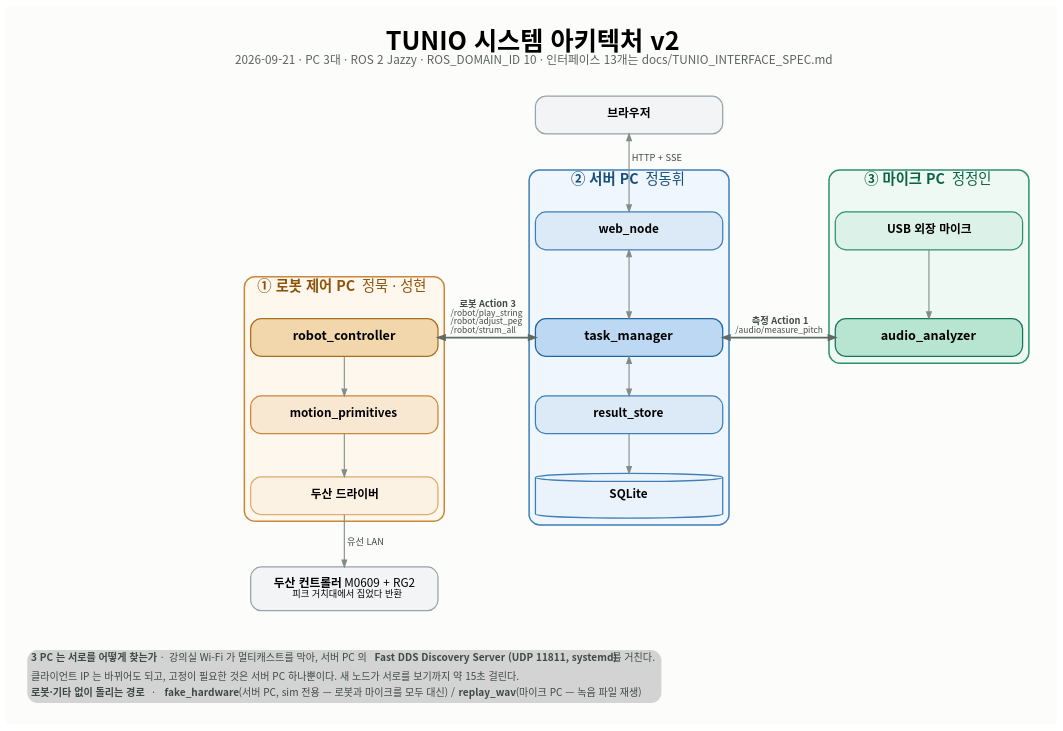
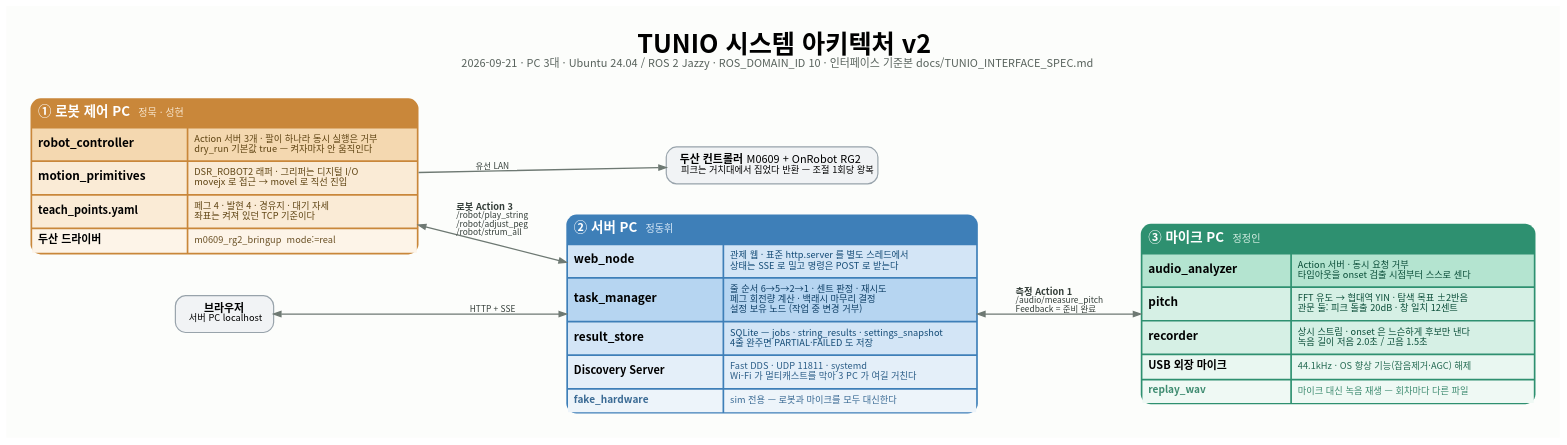
Before and after one commit to bingo888777/tunio_ws: the diagram in docs/TUNIO_시스템아키텍처_v2.dot, drawn with Graphviz. The commit also changed 2 other files, not shown here.

Commit message:
docs: 아키텍처 v2 를 패널형으로 다시 그린다 — 정보량과 가독성을 같이
박스 하나에 이름만 있던 그림은 정보가 없고, 설명을 박스 안에 우겨넣은 그림은
읽히지 않았다. PC 하나를 표 한 장으로 만들어 둘을 같이 잡는다.

  왼쪽 열   구성 요소 이름
  오른쪽 열 그 요소에 대해 알아야 할 것 두 줄 (좌측 정렬)
  헤더      PC 번호 · 담당자

그려 보고 고친 것
  화살표를 셀 포트가 아니라 패널에 붙인다. 포트에 붙이면 표 안까지 파고들어
  글자를 가로지른다.
  edge 라벨은 xlabel 이 아니라 label 로 둔다. xlabel 은 자리를 잡아 주지 않아
  표 위에 겹친다.
  Discovery Server 로 가는 점선 두 줄은 지웠다. 그림 전체를 가로질러 잡음만
  되고, 같은 내용이 그 칸 설명에 이미 있다.

인터페이스 13개 표는 넣지 않는다. 그림은 배치와 연결을 보여주는 것이고
기준본은 docs/TUNIO_INTERFACE_SPEC.md 다. 제목줄에 그 경로를 적었다.

```diff
--- a/docs/TUNIO_시스템아키텍처_v2.dot
+++ b/docs/TUNIO_시스템아키텍처_v2.dot
@@ -1,65 +1,98 @@
 digraph TUNIO_ARCH {
-  graph [rankdir=TB, fontname="Noto Sans CJK KR", labelloc=t, fontsize=30, newrank=true,
-         label=<<B>TUNIO 시스템 아키텍처 v2</B><BR/><FONT POINT-SIZE="14" COLOR="#5A635E">2026-09-21 · PC 3대 · ROS 2 Jazzy · ROS_DOMAIN_ID 10 · 인터페이스 13개는 docs/TUNIO_INTERFACE_SPEC.md</FONT><BR/> >,
-         bgcolor="#FCFDFB", nodesep=0.42, ranksep=0.62, compound=true, pad=0.35];
-  node  [shape=box, style="rounded,filled", fontname="Noto Sans CJK KR", fontsize=14,
-         margin="0.26,0.16", penwidth=1.5, width=3.1, height=0.62];
-  edge  [fontname="Noto Sans CJK KR", fontsize=11, color="#828C86", penwidth=1.3,
-         arrowsize=0.8, fontcolor="#3F4A45"];
+  graph [rankdir=LR, fontname="Noto Sans CJK KR", labelloc=t, fontsize=30, newrank=true,
+         label=<<B>TUNIO 시스템 아키텍처 v2</B><BR/><FONT POINT-SIZE="13.5" COLOR="#58625C">2026-09-21 · PC 3대 · Ubuntu 24.04 / ROS 2 Jazzy · ROS_DOMAIN_ID 10 · 인터페이스 기준본 docs/TUNIO_INTERFACE_SPEC.md</FONT><BR/> >,
+         bgcolor="#FCFDFB", nodesep=0.5, ranksep=1.25, pad=0.4, splines=spline];
+  node  [shape=plaintext, fontname="Noto Sans CJK KR", margin=0];
+  edge  [fontname="Noto Sans CJK KR", fontsize=11, color="#6E7973", penwidth=1.6,
+         arrowsize=0.85, fontcolor="#333D38"];
 
-  // ───────────────────────── ① 로봇 제어 PC
-  subgraph cluster_robot {
-    label=<<B>① 로봇 제어 PC</B>   정묵 · 성현<BR/> >;
-    fontsize=17; fontcolor="#8E520B"; color="#C9873A"; style=rounded; penwidth=1.8; bgcolor="#FDF7EE";
-    rc  [label=<<B>robot_controller</B>>, fillcolor="#F2D6AC", color="#A86E1C", fontsize=15];
-    mp  [label=<<B>motion_primitives</B>>, fillcolor="#F9E8D1", color="#C9873A"];
-    drv [label=<<B>두산 드라이버</B>>, fillcolor="#FCF2E4", color="#DCAC70"];
-    rc -> mp -> drv;
-  }
+  // ══════════════ ① 로봇 제어 PC
+  robot [label=<
+  <TABLE BORDER="0" CELLBORDER="0" CELLSPACING="0" CELLPADDING="0" BGCOLOR="#C9873A" STYLE="ROUNDED">
+   <TR><TD>
+    <TABLE BORDER="0" CELLBORDER="0" CELLSPACING="2" CELLPADDING="7">
+     <TR><TD COLSPAN="2" ALIGN="LEFT"><FONT COLOR="#FFFFFF" POINT-SIZE="16"><B> ① 로봇 제어 PC </B></FONT><FONT COLOR="#F6E3C9" POINT-SIZE="12">  정묵 · 성현 </FONT></TD></TR>
 
-  // ───────────────────────── ② 서버 PC
-  subgraph cluster_server {
-    label=<<B>② 서버 PC</B>   정동휘<BR/> >;
-    fontsize=17; fontcolor="#174F7C"; color="#3E7FB8"; style=rounded; penwidth=1.8; bgcolor="#EFF6FD";
-    web [label=<<B>web_node</B>>, fillcolor="#DCEAF8", color="#3E7FB8"];
-    tm  [label=<<B>task_manager</B>>, fillcolor="#BCD8F2", color="#20669F", fontsize=15];
-    rs  [label=<<B>result_store</B>>, fillcolor="#DCEAF8", color="#3E7FB8"];
-    db  [label=<<B>SQLite</B>>, shape=cylinder, style=filled, fillcolor="#EAF2FB", color="#3E7FB8", height=0.7];
-    web -> tm [dir=both];
-    tm -> rs [dir=both];
-    rs -> db;
-  }
+     <TR><TD PORT="rc" BGCOLOR="#F4D8B0" ALIGN="LEFT" WIDTH="184"><FONT POINT-SIZE="14"><B>robot_controller</B></FONT></TD>
+         <TD BGCOLOR="#F4D8B0" ALIGN="LEFT" WIDTH="272" BALIGN="LEFT"><FONT POINT-SIZE="11.5" COLOR="#5F4413">Action 서버 3개 · 팔이 하나라 동시 실행은 거부<BR ALIGN="LEFT"/>dry_run 기본값 true — 켜자마자 안 움직인다</FONT></TD></TR>
 
-  // ───────────────────────── ③ 마이크 PC
-  subgraph cluster_mic {
-    label=<<B>③ 마이크 PC</B>   정정인<BR/> >;
-    fontsize=17; fontcolor="#0C6245"; color="#2E9070"; style=rounded; penwidth=1.8; bgcolor="#EEF9F4";
-    usb [label=<<B>USB 외장 마이크</B>>, fillcolor="#DCF1E7", color="#2E9070"];
-    aa  [label=<<B>audio_analyzer</B>>, fillcolor="#B8E5D2", color="#17755A", fontsize=15];
-    usb -> aa;
-  }
+     <TR><TD BGCOLOR="#FAEBD6" ALIGN="LEFT"><FONT POINT-SIZE="14"><B>motion_primitives</B></FONT></TD>
+         <TD BGCOLOR="#FAEBD6" ALIGN="LEFT" BALIGN="LEFT"><FONT POINT-SIZE="11.5" COLOR="#5F4413">DSR_ROBOT2 래퍼 · 그리퍼는 디지털 I/O<BR ALIGN="LEFT"/>movejx 로 접근 → movel 로 직선 진입</FONT></TD></TR>
 
-  // ───────────────────────── 바깥
-  brow [label=<<B>브라우저</B>>, fillcolor="#F2F4F5", color="#98A3AB"];
-  hw   [label=<<B>두산 컨트롤러</B>  M0609 + RG2<BR/><FONT POINT-SIZE="11">피크 거치대에서 집었다 반환</FONT>>,
-        fillcolor="#F2F4F5", color="#98A3AB", height=0.72];
+     <TR><TD BGCOLOR="#FAEBD6" ALIGN="LEFT"><FONT POINT-SIZE="13"><B>teach_points.yaml</B></FONT></TD>
+         <TD BGCOLOR="#FAEBD6" ALIGN="LEFT" BALIGN="LEFT"><FONT POINT-SIZE="11.5" COLOR="#5F4413">페그 4 · 발현 4 · 경유지 · 대기 자세<BR ALIGN="LEFT"/>좌표는 켜져 있던 TCP 기준이다</FONT></TD></TR>
 
-  brow -> web [dir=both, label=<  HTTP + SSE >];
-  drv  -> hw  [label=<  유선 LAN >];
+     <TR><TD PORT="drv" BGCOLOR="#FDF4E8" ALIGN="LEFT"><FONT POINT-SIZE="13"><B>두산 드라이버</B></FONT></TD>
+         <TD BGCOLOR="#FDF4E8" ALIGN="LEFT" BALIGN="LEFT"><FONT POINT-SIZE="11.5" COLOR="#6B5227">m0609_rg2_bringup  mode:=real</FONT></TD></TR>
+    </TABLE>
+   </TD></TR>
+  </TABLE>>];
 
-  // ───────────────────────── 3 PC 사이 (이 그림의 핵심)
-  rc -> tm [dir=both, constraint=false, penwidth=2.1, color="#5E6B64",
-            label=<<B>로봇 Action 3</B><BR ALIGN="CENTER"/><FONT POINT-SIZE="10.5">/robot/play_string<BR ALIGN="LEFT"/>/robot/adjust_peg<BR ALIGN="LEFT"/>/robot/strum_all<BR ALIGN="LEFT"/></FONT>>];
-  tm -> aa [dir=both, constraint=false, penwidth=2.1, color="#5E6B64",
-            label=<<B>측정 Action 1</B><BR ALIGN="CENTER"/><FONT POINT-SIZE="10.5">/audio/measure_pitch<BR ALIGN="LEFT"/></FONT>>];
+  // ══════════════ ② 서버 PC
+  server [label=<
+  <TABLE BORDER="0" CELLBORDER="0" CELLSPACING="0" CELLPADDING="0" BGCOLOR="#3E7FB8" STYLE="ROUNDED">
+   <TR><TD>
+    <TABLE BORDER="0" CELLBORDER="0" CELLSPACING="2" CELLPADDING="7">
+     <TR><TD COLSPAN="2" ALIGN="LEFT"><FONT COLOR="#FFFFFF" POINT-SIZE="16"><B> ② 서버 PC </B></FONT><FONT COLOR="#D6E7F6" POINT-SIZE="12">  정동휘 </FONT></TD></TR>
 
-  note [shape=plaintext, margin=0, label=<
-    <TABLE BORDER="0" CELLBORDER="0" CELLSPACING="0" CELLPADDING="4">
-      <TR><TD ALIGN="LEFT"><FONT POINT-SIZE="12" COLOR="#3F4A45"><B>3 PC 는 서로를 어떻게 찾는가</B>  ·  강의실 Wi-Fi 가 멀티캐스트를 막아, 서버 PC 의 <B>Fast DDS Discovery Server (UDP 11811, systemd)</B> 를 거친다.</FONT></TD></TR>
-      <TR><TD ALIGN="LEFT"><FONT POINT-SIZE="12" COLOR="#3F4A45">클라이언트 IP 는 바뀌어도 되고, 고정이 필요한 것은 서버 PC 하나뿐이다. 새 노드가 서로를 보기까지 약 15초 걸린다.</FONT></TD></TR>
-      <TR><TD ALIGN="LEFT"><FONT POINT-SIZE="12" COLOR="#3F4A45"><B>로봇·기타 없이 돌리는 경로</B>  ·  <B>fake_hardware</B> (서버 PC, sim 전용 — 로봇과 마이크를 모두 대신) / <B>replay_wav</B> (마이크 PC — 녹음 파일 재생)</FONT></TD></TR>
-    </TABLE>>];
-  hw -> note [style=invis];
+     <TR><TD PORT="web" BGCOLOR="#D3E5F6" ALIGN="LEFT" WIDTH="184"><FONT POINT-SIZE="14"><B>web_node</B></FONT></TD>
+         <TD BGCOLOR="#D3E5F6" ALIGN="LEFT" WIDTH="300" BALIGN="LEFT"><FONT POINT-SIZE="11.5" COLOR="#154C77">관제 웹 · 표준 http.server 를 별도 스레드에서<BR ALIGN="LEFT"/>상태는 SSE 로 밀고 명령은 POST 로 받는다</FONT></TD></TR>
 
-  { rank=same; rc; tm; aa; }
+     <TR><TD PORT="tm" BGCOLOR="#B6D5F1" ALIGN="LEFT"><FONT POINT-SIZE="14"><B>task_manager</B></FONT></TD>
+         <TD BGCOLOR="#B6D5F1" ALIGN="LEFT" BALIGN="LEFT"><FONT POINT-SIZE="11.5" COLOR="#0F3F66">줄 순서 6→5→2→1 · 센트 판정 · 재시도<BR ALIGN="LEFT"/>페그 회전량 계산 · 백래시 마무리 결정<BR ALIGN="LEFT"/>설정 보유 노드 (작업 중 변경 거부)</FONT></TD></TR>
+
+     <TR><TD BGCOLOR="#D3E5F6" ALIGN="LEFT"><FONT POINT-SIZE="14"><B>result_store</B></FONT></TD>
+         <TD BGCOLOR="#D3E5F6" ALIGN="LEFT" BALIGN="LEFT"><FONT POINT-SIZE="11.5" COLOR="#154C77">SQLite — jobs · string_results · settings_snapshot<BR ALIGN="LEFT"/>4줄 완주면 PARTIAL·FAILED 도 저장</FONT></TD></TR>
+
+     <TR><TD PORT="ds" BGCOLOR="#E4EFF9" ALIGN="LEFT"><FONT POINT-SIZE="13"><B>Discovery Server</B></FONT></TD>
+         <TD BGCOLOR="#E4EFF9" ALIGN="LEFT" BALIGN="LEFT"><FONT POINT-SIZE="11.5" COLOR="#2B5D87">Fast DDS · UDP 11811 · systemd<BR ALIGN="LEFT"/>Wi-Fi 가 멀티캐스트를 막아 3 PC 가 여길 거친다</FONT></TD></TR>
+
+     <TR><TD BGCOLOR="#EDF4FA" ALIGN="LEFT"><FONT POINT-SIZE="12.5" COLOR="#3A6A94"><B>fake_hardware</B></FONT></TD>
+         <TD BGCOLOR="#EDF4FA" ALIGN="LEFT" BALIGN="LEFT"><FONT POINT-SIZE="11.5" COLOR="#3A6A94">sim 전용 — 로봇과 마이크를 모두 대신한다</FONT></TD></TR>
+    </TABLE>
+   </TD></TR>
+  </TABLE>>];
+
+  // ══════════════ ③ 마이크 PC
+  mic [label=<
+  <TABLE BORDER="0" CELLBORDER="0" CELLSPACING="0" CELLPADDING="0" BGCOLOR="#2E9070" STYLE="ROUNDED">
+   <TR><TD>
+    <TABLE BORDER="0" CELLBORDER="0" CELLSPACING="2" CELLPADDING="7">
+     <TR><TD COLSPAN="2" ALIGN="LEFT"><FONT COLOR="#FFFFFF" POINT-SIZE="16"><B> ③ 마이크 PC </B></FONT><FONT COLOR="#D3EEE2" POINT-SIZE="12">  정정인 </FONT></TD></TR>
+
+     <TR><TD PORT="aa" BGCOLOR="#B4E4D0" ALIGN="LEFT" WIDTH="176"><FONT POINT-SIZE="14"><B>audio_analyzer</B></FONT></TD>
+         <TD BGCOLOR="#B4E4D0" ALIGN="LEFT" WIDTH="288" BALIGN="LEFT"><FONT POINT-SIZE="11.5" COLOR="#0B4E39">Action 서버 · 동시 요청 거부<BR ALIGN="LEFT"/>타임아웃을 onset 검출 시점부터 스스로 센다</FONT></TD></TR>
+
+     <TR><TD BGCOLOR="#D6F0E5" ALIGN="LEFT"><FONT POINT-SIZE="14"><B>pitch</B></FONT></TD>
+         <TD BGCOLOR="#D6F0E5" ALIGN="LEFT" BALIGN="LEFT"><FONT POINT-SIZE="11.5" COLOR="#0B4E39">FFT 유도 → 협대역 YIN · 탐색 목표 ±2반음<BR ALIGN="LEFT"/>관문 둘: 피크 돌출 20dB · 창 일치 12센트</FONT></TD></TR>
+
+     <TR><TD BGCOLOR="#D6F0E5" ALIGN="LEFT"><FONT POINT-SIZE="14"><B>recorder</B></FONT></TD>
+         <TD BGCOLOR="#D6F0E5" ALIGN="LEFT" BALIGN="LEFT"><FONT POINT-SIZE="11.5" COLOR="#0B4E39">상시 스트림 · onset 은 느슨하게 후보만 낸다<BR ALIGN="LEFT"/>녹음 길이 저음 2.0초 / 고음 1.5초</FONT></TD></TR>
+
+     <TR><TD BGCOLOR="#E9F7F1" ALIGN="LEFT"><FONT POINT-SIZE="13"><B>USB 외장 마이크</B></FONT></TD>
+         <TD BGCOLOR="#E9F7F1" ALIGN="LEFT" BALIGN="LEFT"><FONT POINT-SIZE="11.5" COLOR="#256B53">44.1kHz · OS 향상 기능(잡음제거·AGC) 해제</FONT></TD></TR>
+
+     <TR><TD BGCOLOR="#EFF9F4" ALIGN="LEFT"><FONT POINT-SIZE="12.5" COLOR="#3E8B70"><B>replay_wav</B></FONT></TD>
+         <TD BGCOLOR="#EFF9F4" ALIGN="LEFT" BALIGN="LEFT"><FONT POINT-SIZE="11.5" COLOR="#3E8B70">마이크 대신 녹음 재생 — 회차마다 다른 파일</FONT></TD></TR>
+    </TABLE>
+   </TD></TR>
+  </TABLE>>];
+
+  // ══════════════ 바깥 장치
+  brow [shape=box, style="rounded,filled", fillcolor="#F1F3F5", color="#98A3AB",
+        penwidth=1.4, fontsize=13, margin="0.22,0.14",
+        label=<<B>브라우저</B><BR/><FONT POINT-SIZE="11">서버 PC localhost</FONT>>];
+  hw   [shape=box, style="rounded,filled", fillcolor="#F1F3F5", color="#98A3AB",
+        penwidth=1.4, fontsize=13, margin="0.22,0.14",
+        label=<<B>두산 컨트롤러</B>  M0609 + OnRobot RG2<BR/><FONT POINT-SIZE="11">피크는 거치대에서 집었다 반환 — 조절 1회당 왕복</FONT>>];
+
+  // ══════════════ 연결
+  robot -> server [dir=both, label=<<B>로봇 Action 3</B><BR ALIGN="LEFT"/><FONT POINT-SIZE="10.5">/robot/play_string<BR ALIGN="LEFT"/>/robot/adjust_peg<BR ALIGN="LEFT"/>/robot/strum_all<BR ALIGN="LEFT"/></FONT>>];
+  server -> mic   [dir=both, label=<<B>측정 Action 1</B><BR ALIGN="LEFT"/><FONT POINT-SIZE="10.5">/audio/measure_pitch<BR ALIGN="LEFT"/>Feedback = 준비 완료<BR ALIGN="LEFT"/></FONT>>];
+  brow -> server [dir=both, label=<<FONT POINT-SIZE="10.5">HTTP + SSE</FONT>>];
+  robot -> hw    [label=<<FONT POINT-SIZE="10.5">유선 LAN</FONT>>];
+
+
+  { rank=same; brow; robot; }
+  { rank=same; hw; server; }
 }
```
